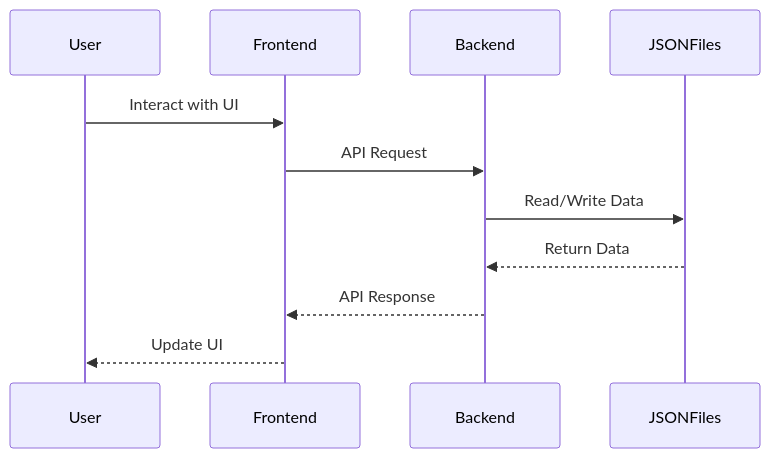
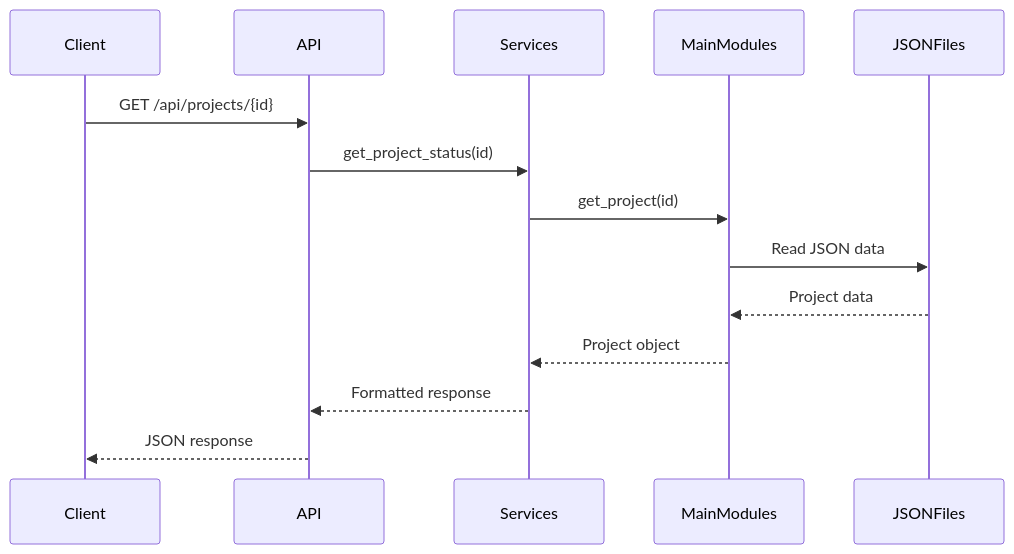
One commit to Shakour-Data/AutoProjectManagement changed the third of 3 diagrams in Docs/entire_project/architecture.md. Above: the diagram before and after it, drawn with Mermaid. The commit also changed other lines of this file, not shown here.

Commit message:
🐛 fix: Modified files updated\n\nChanges included (as of 2025-08-09 15:10:29):\n- Docs/entire_project/architecture.md: This file was modified with updates or fixes.\n  Summary:\n    No diff available.\n\n\nPlease describe the reason or issue addressed by these changes.

````diff
--- a/Docs/entire_project/architecture.md
+++ b/Docs/entire_project/architecture.md
@@ -241,14 +124,17 @@
 ```mermaid
 sequenceDiagram
-    participant User
-    participant Frontend
-    participant Backend
+    participant Client
+    participant API
+    participant Services
+    participant MainModules
     participant JSONFiles
 
-    User->>Frontend: Interact with UI
-    Frontend->>Backend: API Request
-    Backend->>JSONFiles: Read/Write Data
-    JSONFiles-->>Backend: Return Data
-    Backend-->>Frontend: API Response
-    Frontend-->>User: Update UI
+    Client->>API: GET /api/projects/{id}
+    API->>Services: get_project_status(id)
+    Services->>MainModules: get_project(id)
+    MainModules->>JSONFiles: Read JSON data
+    JSONFiles-->>MainModules: Project data
+    MainModules-->>Services: Project object
+    Services-->>API: Formatted response
+    API-->>Client: JSON response
 ```
````
